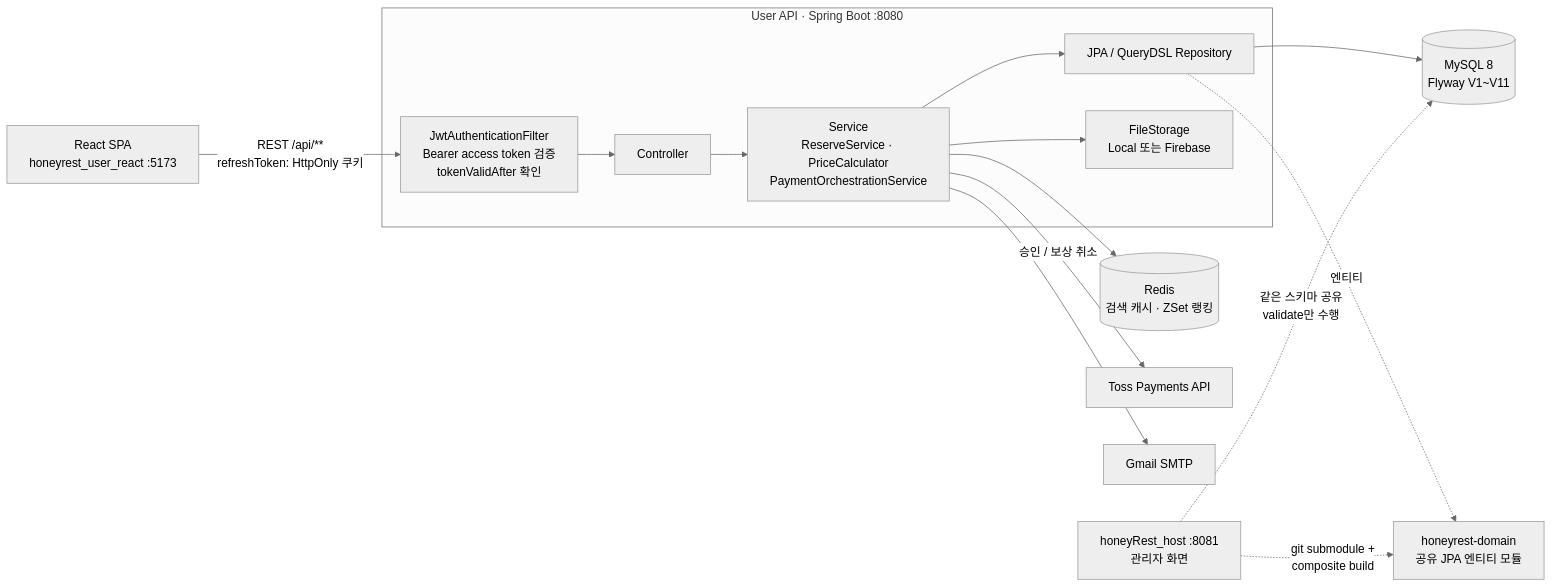
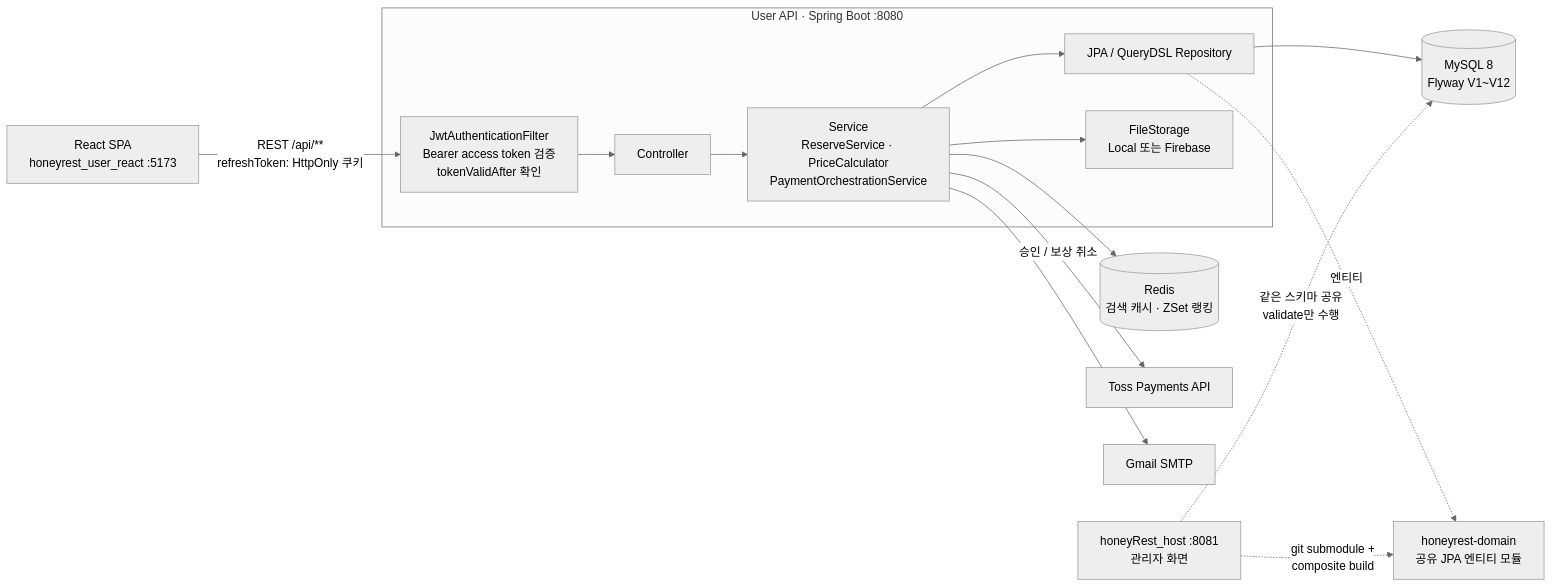
The diagram in README.md (Seongwonp/honeyRest_user), drawn with Mermaid (neutral theme) before and after one commit. The commit also changed other lines of this file and 18 other files, not shown here.

````diff
--- a/README.md
+++ b/README.md
@@ -77,25 +77,25 @@
 ```mermaid
 flowchart LR
     FE["React SPA<br/>honeyrest_user_react :5173"]
     HOST["honeyRest_host :8081<br/>관리자 화면"]
 
     subgraph API["User API · Spring Boot :8080"]
         F["JwtAuthenticationFilter<br/>Bearer access token 검증<br/>tokenValidAfter 확인"]
         C["Controller"]
         S["Service<br/>ReserveService · PriceCalculator<br/>PaymentOrchestrationService"]
         Q["JPA / QueryDSL Repository"]
         FS["FileStorage<br/>Local 또는 Firebase"]
         F --> C --> S --> Q
         S --> FS
     end
 
     FE -- "REST /api/**<br/>refreshToken: HttpOnly 쿠키" --> F
-    Q --> DB[("MySQL 8<br/>Flyway V1~V11")]
+    Q --> DB[("MySQL 8<br/>Flyway V1~V12")]
     S --> R[("Redis<br/>검색 캐시 · ZSet 랭킹")]
     S -- "승인 / 보상 취소" --> TOSS["Toss Payments API"]
     S --> MAIL["Gmail SMTP"]
     HOST -. "같은 스키마 공유<br/>validate만 수행" .-> DB
     DOM["honeyrest-domain<br/>공유 JPA 엔티티 모듈"]
     Q -. "엔티티" .-> DOM
     HOST -. "git submodule +<br/>composite build" .-> DOM
 ```
````
